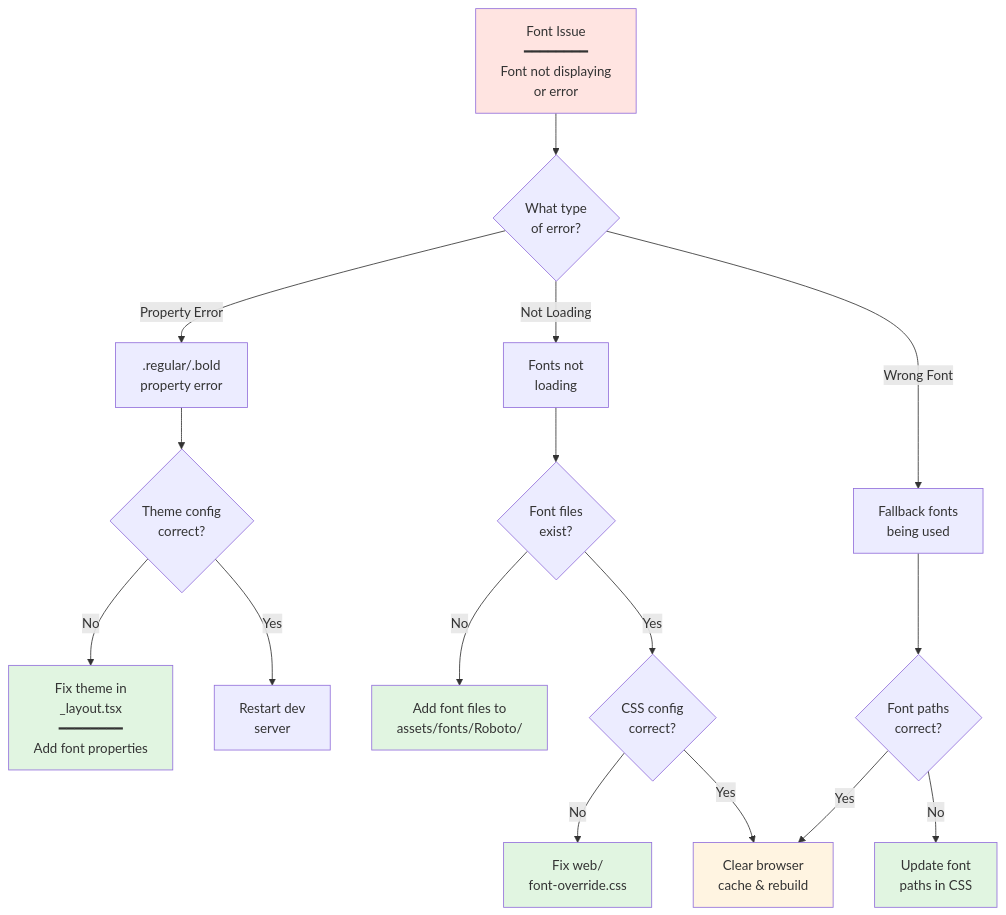
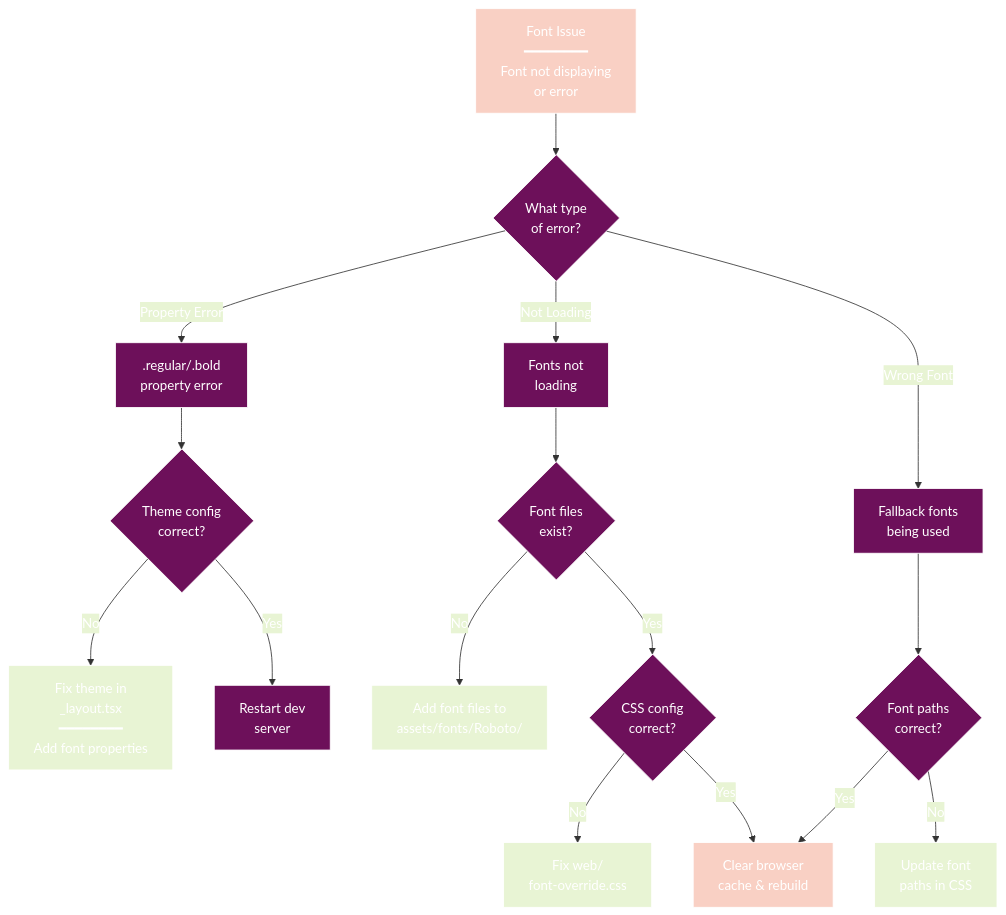
The second of 6 diagrams in docs/TROUBLESHOOTING.md (radicalkjax/Athena), drawn with Mermaid before and after one commit. The commit also changed other lines of this file and 27 other files, not shown here.

Commit message:
Introduction of expo package manager. Updated docs to reflect changes. Unified mermaid theme for docs.

````diff
--- a/docs/TROUBLESHOOTING.md
+++ b/docs/TROUBLESHOOTING.md
@@ -41,29 +62,50 @@
 ```mermaid
+%%{init: {
+  'theme': 'base',
+  'themeVariables': {
+    'primaryColor': '#6d105a',
+    'primaryTextColor': '#ffffff',
+    'primaryBorderColor': '#ffffff',
+    'lineColor': '#333333',
+    'secondaryColor': '#e8f4d4',
+    'secondaryTextColor': '#333333',
+    'secondaryBorderColor': '#333333',
+    'tertiaryColor': '#f9d0c4',
+    'tertiaryTextColor': '#333333',
+    'tertiaryBorderColor': '#333333',
+    'background': '#ffffff',
+    'mainBkg': '#6d105a',
+    'secondBkg': '#e8f4d4',
+    'tertiaryBkg': '#f9d0c4',
+    'textColor': '#333333',
+    'fontFamily': 'Arial, sans-serif'
+  }
+}}%%
 flowchart TD
     FontIssue[Font Issue<br/>━━━━━━━━<br/>Font not displaying<br/>or error] --> FontType{What type<br/>of error?}
     
     FontType -->|Property Error| PropError[.regular/.bold<br/>property error]
     FontType -->|Not Loading| NotLoad[Fonts not<br/>loading]
     FontType -->|Wrong Font| WrongFont[Fallback fonts<br/>being used]
     
     PropError --> CheckTheme{Theme config<br/>correct?}
     CheckTheme -->|No| FixTheme[Fix theme in<br/>_layout.tsx<br/>━━━━━━━━<br/>Add font properties]
     CheckTheme -->|Yes| RestartDev[Restart dev<br/>server]
     
     NotLoad --> CheckFiles{Font files<br/>exist?}
     CheckFiles -->|No| AddFonts[Add font files to<br/>assets/fonts/Roboto/]
     CheckFiles -->|Yes| CheckCSS{CSS config<br/>correct?}
     CheckCSS -->|No| FixCSS[Fix web/<br/>font-override.css]
     CheckCSS -->|Yes| ClearCache[Clear browser<br/>cache & rebuild]
     
     WrongFont --> CheckPath{Font paths<br/>correct?}
     CheckPath -->|No| FixPaths[Update font<br/>paths in CSS]
     CheckPath -->|Yes| ClearCache
     
-    style FontIssue fill:#ffe4e1
-    style FixTheme fill:#e1f5e1
-    style AddFonts fill:#e1f5e1
-    style FixCSS fill:#e1f5e1
-    style FixPaths fill:#e1f5e1
-    style ClearCache fill:#fff4e1
+    style FontIssue fill:#f9d0c4
+    style FixTheme fill:#e8f4d4
+    style AddFonts fill:#e8f4d4
+    style FixCSS fill:#e8f4d4
+    style FixPaths fill:#e8f4d4
+    style ClearCache fill:#f9d0c4
 ```
````
